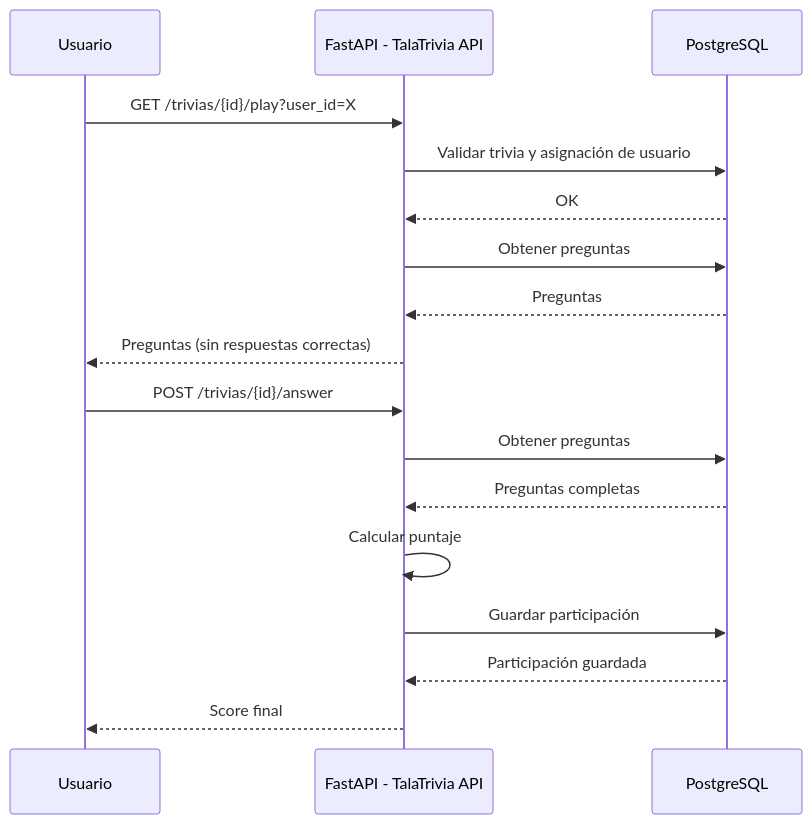
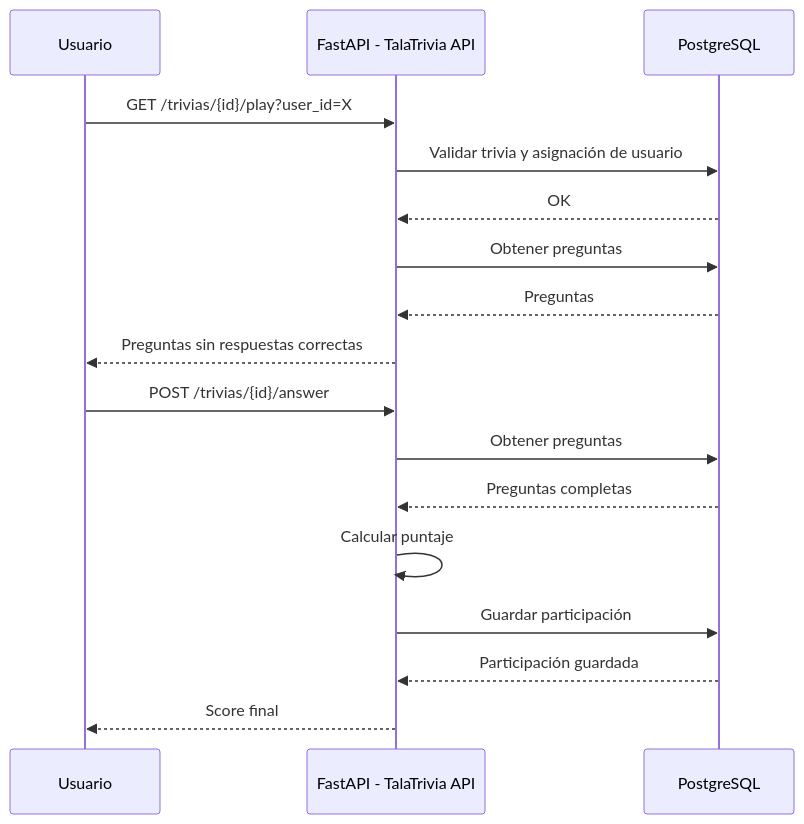
Before and after one commit to ingelvisperez/trivia: the second of 4 diagrams in README.md, drawn with Mermaid. The commit also changed other lines of this file and 3 other files, not shown here.

````diff
--- a/README.md
+++ b/README.md
@@ -28,21 +18,21 @@
 ```mermaid
 sequenceDiagram
     participant U as Usuario
     participant API as FastAPI - TalaTrivia API
     participant DB as PostgreSQL
 
     U->>API: GET /trivias/{id}/play?user_id=X
     API->>DB: Validar trivia y asignación de usuario
     DB-->>API: OK
     API->>DB: Obtener preguntas
     DB-->>API: Preguntas
-    API-->>U: Preguntas (sin respuestas correctas)
+    API-->>U: Preguntas sin respuestas correctas
 
     U->>API: POST /trivias/{id}/answer
     API->>DB: Obtener preguntas
     DB-->>API: Preguntas completas
     API->>API: Calcular puntaje
     API->>DB: Guardar participación
     DB-->>API: Participación guardada
     API-->>U: Score final
 ```
````
